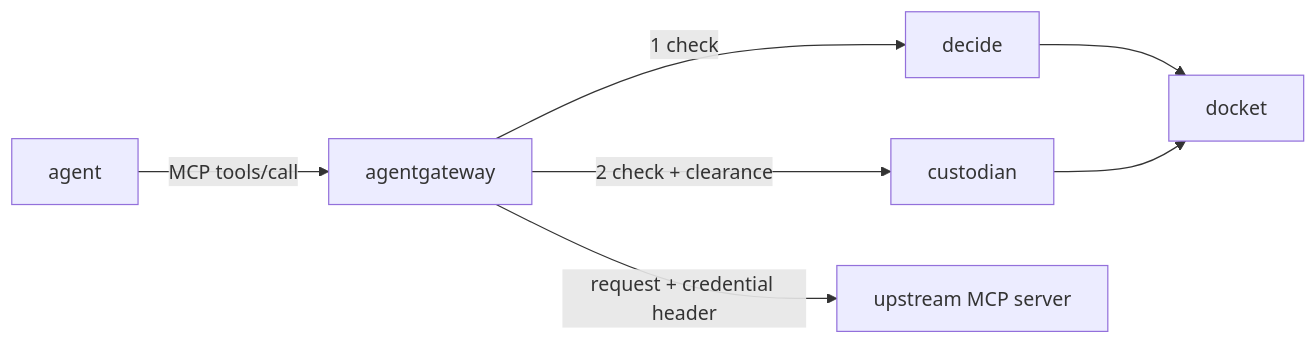
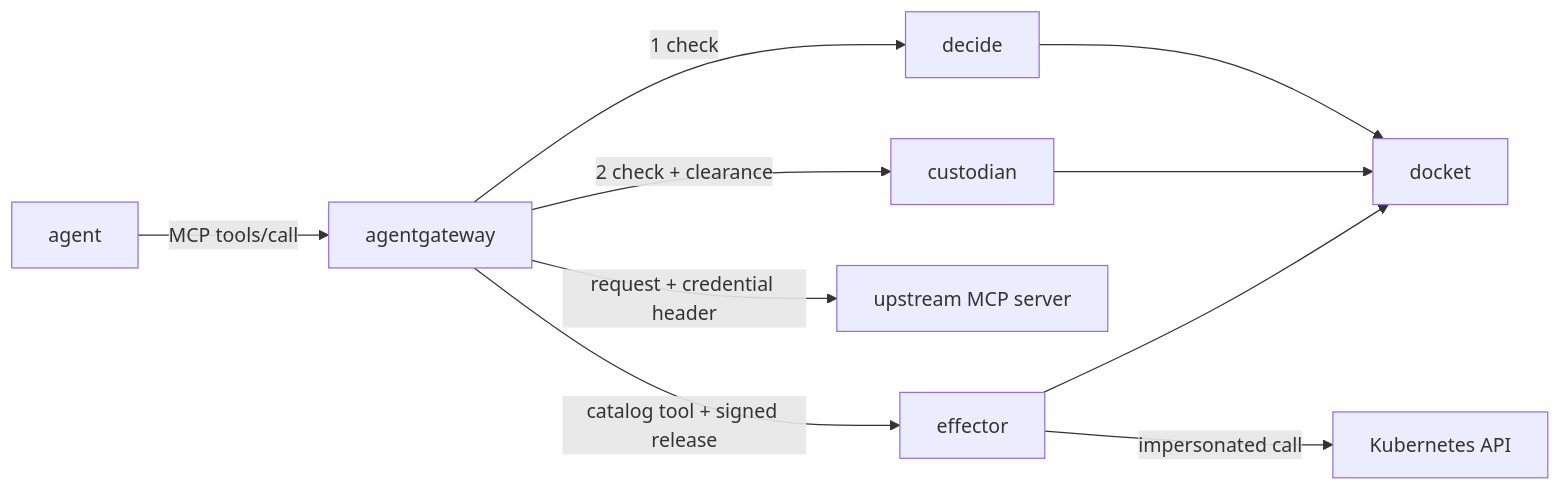
Before and after one commit to agent-rails/agent-bailiff: the diagram in README.md, drawn with Mermaid. The commit also changed other lines of this file and 1 other file, not shown here.

First line of the commit message:
docs: add the effector to the README and architecture diagrams

````diff
--- a/README.md
+++ b/README.md
@@ -19,9 +20,12 @@
 ```mermaid
 flowchart LR
     A[agent] -->|MCP tools/call| G[agentgateway]
     G -->|1 check| D[decide]
     G -->|2 check + clearance| C[custodian]
     G -->|request + credential header| U[upstream MCP server]
+    G -->|catalog tool + signed release| E[effector]
+    E -->|impersonated call| KA[Kubernetes API]
     D --> K[docket]
     C --> K
+    E --> K
 ```
````
